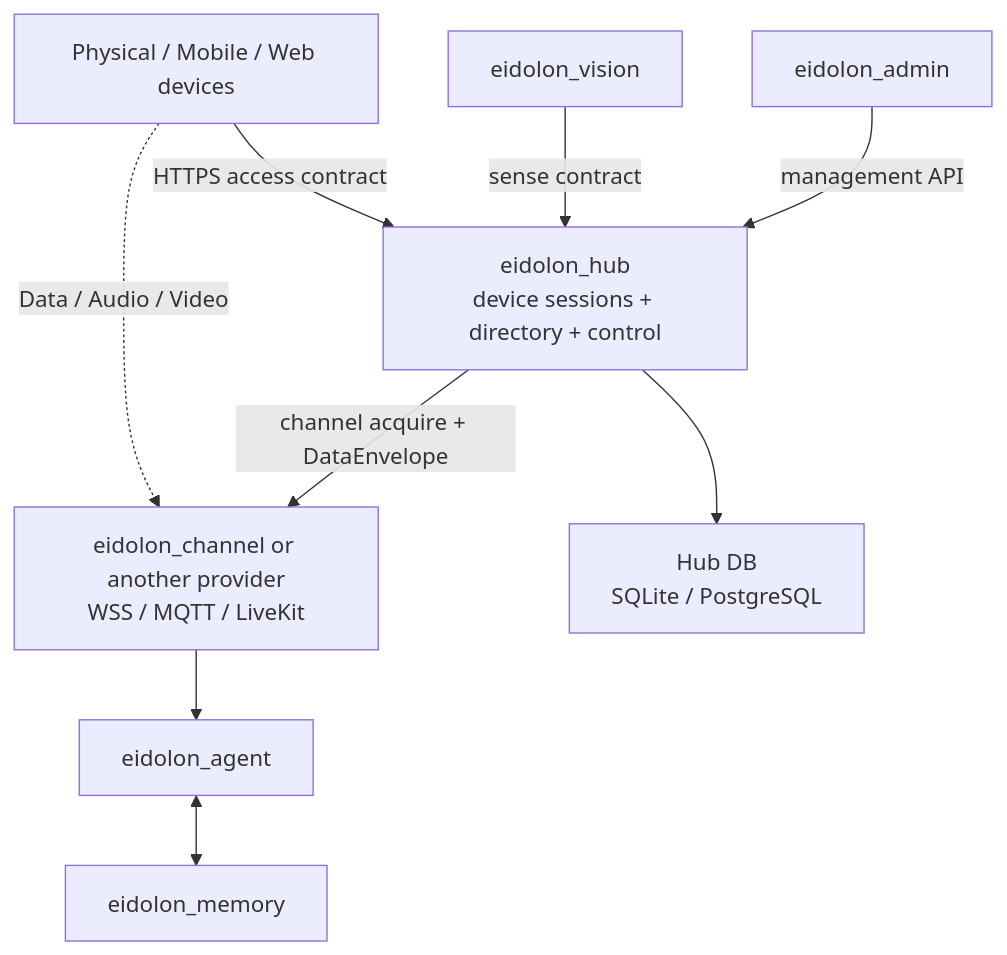
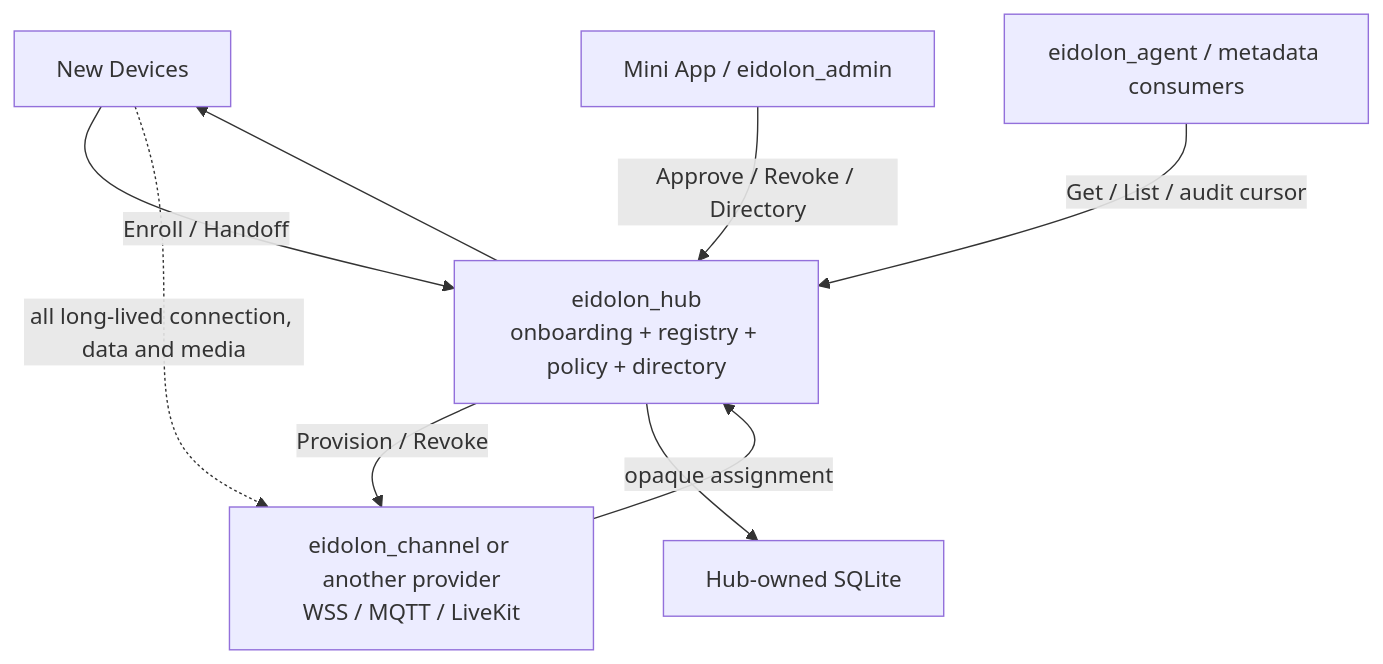
The diagram in docs/architecture/eidolon-os-integration.md (eidolon-os/eidolon_hub), drawn with Mermaid before and after one commit. The commit also changed other lines of this file and 202 other files, not shown here.

Commit message:
refactor: converge hub to device onboarding

````diff
--- a/docs/architecture/eidolon-os-integration.md
+++ b/docs/architecture/eidolon-os-integration.md
@@ -5,20 +5,17 @@
 ```mermaid
 flowchart TB
-    Devices["Physical / Mobile / Web devices"]
-    Hub["eidolon_hub<br/>device sessions + directory + control"]
+    Devices["New Devices"]
+    Hub["eidolon_hub<br/>onboarding + registry + policy + directory"]
     Provider["eidolon_channel or another provider<br/>WSS / MQTT / LiveKit"]
-    Agent["eidolon_agent"]
-    Memory["eidolon_memory"]
-    Vision["eidolon_vision"]
-    Admin["eidolon_admin"]
-    HubDB["Hub DB<br/>SQLite / PostgreSQL"]
+    Management["Mini App / eidolon_admin"]
+    Consumers["eidolon_agent / metadata consumers"]
+    DB["Hub-owned SQLite"]
 
-    Devices -->|"HTTPS access contract"| Hub
-    Devices -. "Data / Audio / Video" .-> Provider
-    Hub -->|"channel acquire + DataEnvelope"| Provider
-    Provider --> Agent
-    Agent <--> Memory
-    Vision -->|"sense contract"| Hub
-    Admin -->|"management API"| Hub
-    Hub --> HubDB
+    Devices -->|"Enroll / Handoff"| Hub
+    Management -->|"Approve / Revoke / Directory"| Hub
+    Hub -->|"Provision / Revoke"| Provider
+    Provider -->|"opaque assignment"| Hub --> Devices
+    Devices -. "all long-lived connection, data and media" .-> Provider
+    Consumers -->|"Get / List / audit cursor"| Hub
+    Hub --> DB
 ```
````
